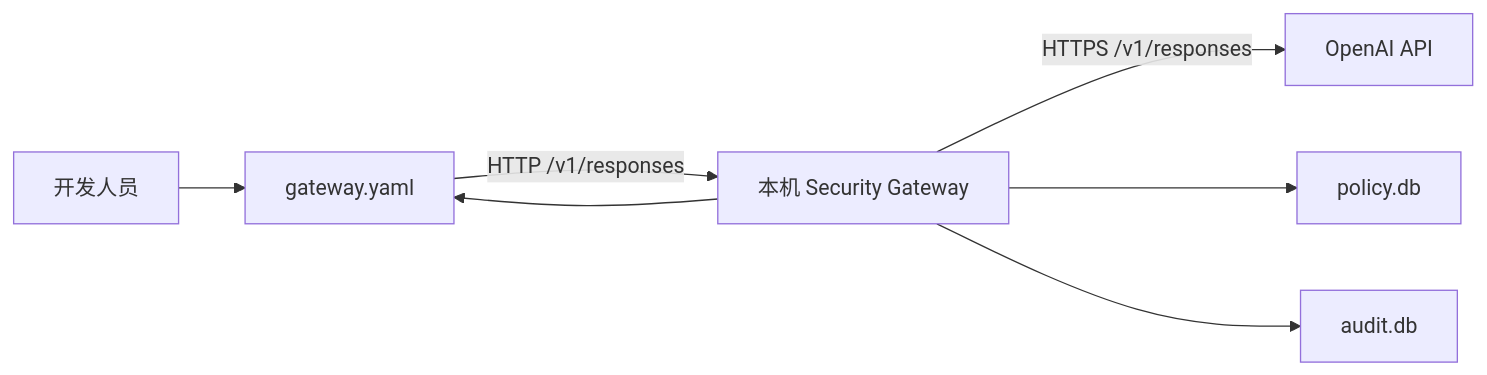
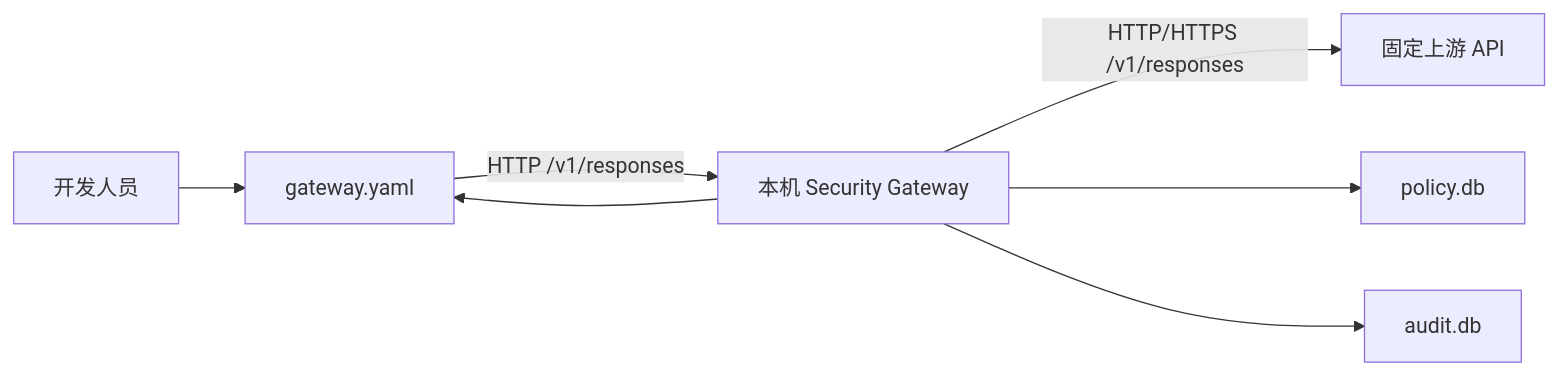
Before and after one commit to wxt365/prompt-auditing: the first of 2 diagrams in docs/codex-security-gateway-mvp-design.md, drawn with Mermaid. The commit also changed other lines of this file and 112 other files, not shown here.

````diff
--- a/docs/codex-security-gateway-mvp-design.md
+++ b/docs/codex-security-gateway-mvp-design.md
@@ -120,9 +122,9 @@
 ```mermaid
 flowchart LR
     D["开发人员"] --> C["Codex CLI"]
     C -->|"HTTP /v1/responses"| G["本机 Security Gateway"]
-    G -->|"HTTPS /v1/responses"| O["OpenAI API"]
+    G -->|"HTTP/HTTPS /v1/responses"| O["固定上游 API"]
     G --> C["gateway.yaml"]
     G --> R["policy.db"]
     G --> A["audit.db"]
 ```
````
